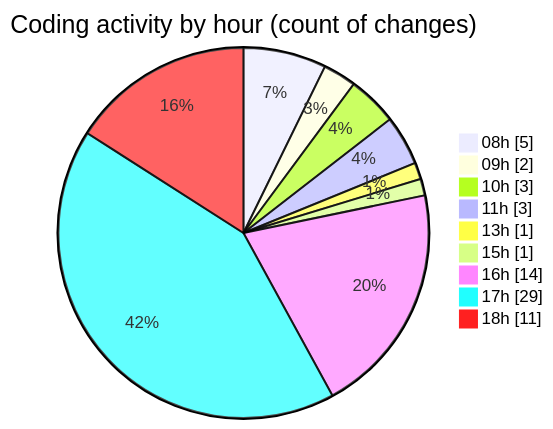
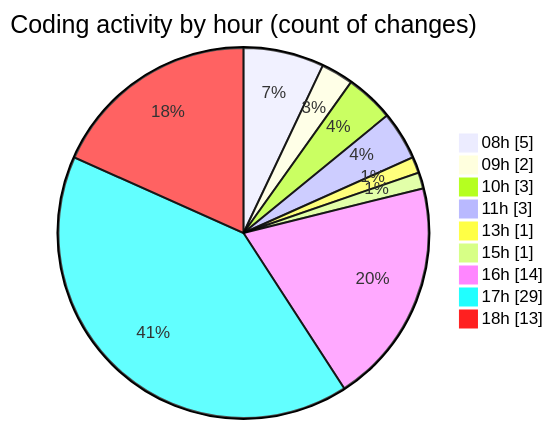
The second of 2 diagrams in 2025-10-27/eventscop-frontend-guide__workspace_/README.md (julien-gomy/code-tracking), drawn with Mermaid before and after one commit. The commit also changed other lines of this file and 1 other file, not shown here.

````diff
--- a/2025-10-27/eventscop-frontend-guide__workspace_/README.md
+++ b/2025-10-27/eventscop-frontend-guide__workspace_/README.md
@@ -43,13 +44,13 @@
 ```mermaid
 pie showData
 title Coding activity by hour (count of changes)
 "08h" : 5
 "09h" : 2
 "10h" : 3
 "11h" : 3
 "13h" : 1
 "15h" : 1
 "16h" : 14
 "17h" : 29
-"18h" : 11
+"18h" : 13
 ```
````
